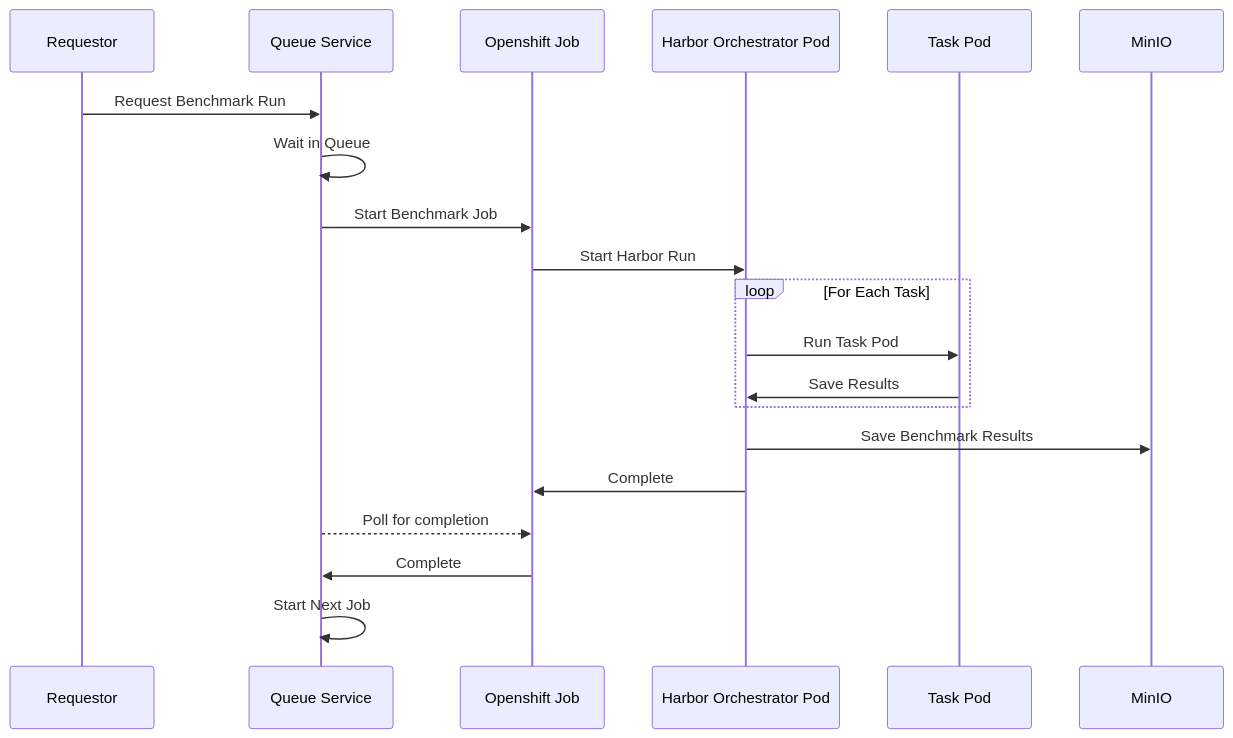
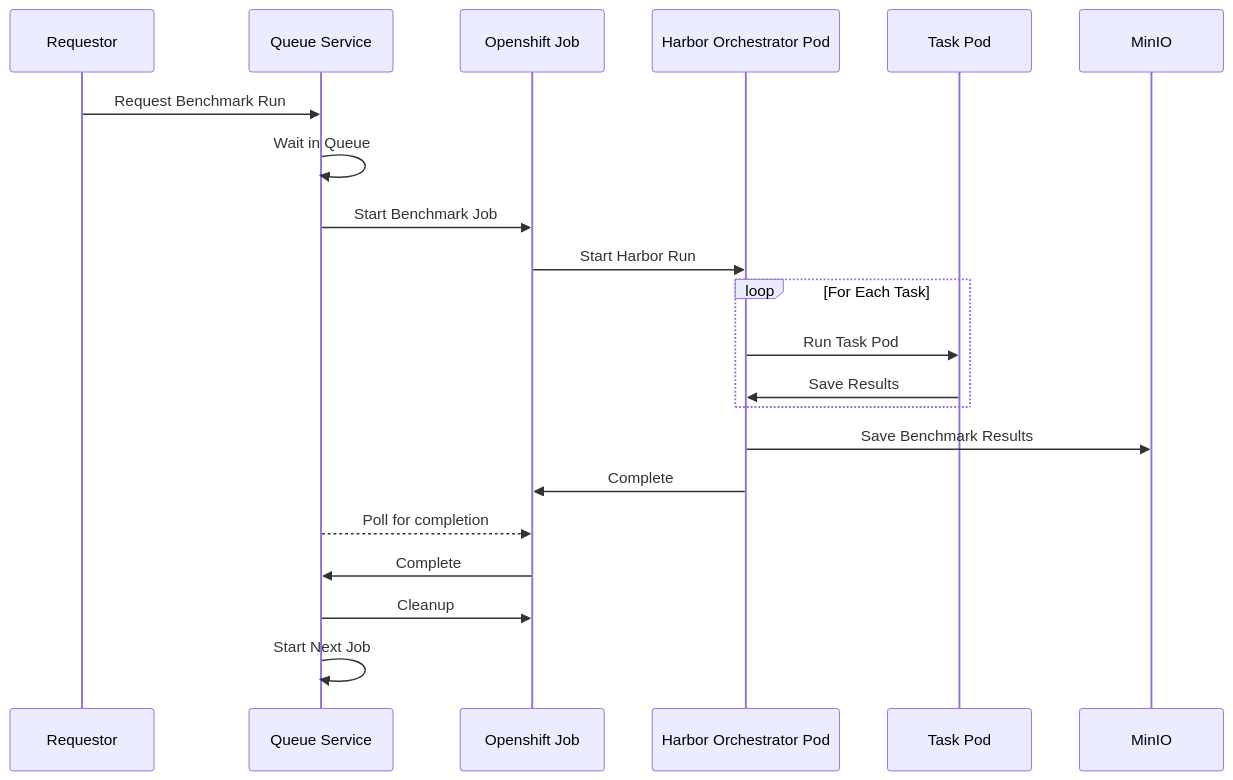
The diagram in README.md (redhat-et/coding_agent_bench), drawn with Mermaid before and after one commit.

Commit message:
📝 Note cleanup step in queue service

````diff
--- a/README.md
+++ b/README.md
@@ -147,16 +147,17 @@
 ```mermaid
 sequenceDiagram
     Requestor->>Queue Service: Request Benchmark Run
     Queue Service->>Queue Service: Wait in Queue
     Queue Service->>Openshift Job: Start Benchmark Job
     Openshift Job->>Harbor Orchestrator Pod: Start Harbor Run
     loop For Each Task
         Harbor Orchestrator Pod->>Task Pod: Run Task Pod
         Task Pod->>Harbor Orchestrator Pod: Save Results
     end
     Harbor Orchestrator Pod->>MinIO: Save Benchmark Results
     Harbor Orchestrator Pod->>Openshift Job: Complete
     Queue Service-->>Openshift Job: Poll for completion
     Openshift Job->>Queue Service: Complete
+    Queue Service->>Openshift Job: Cleanup
     Queue Service->>Queue Service: Start Next Job
 ```
````
